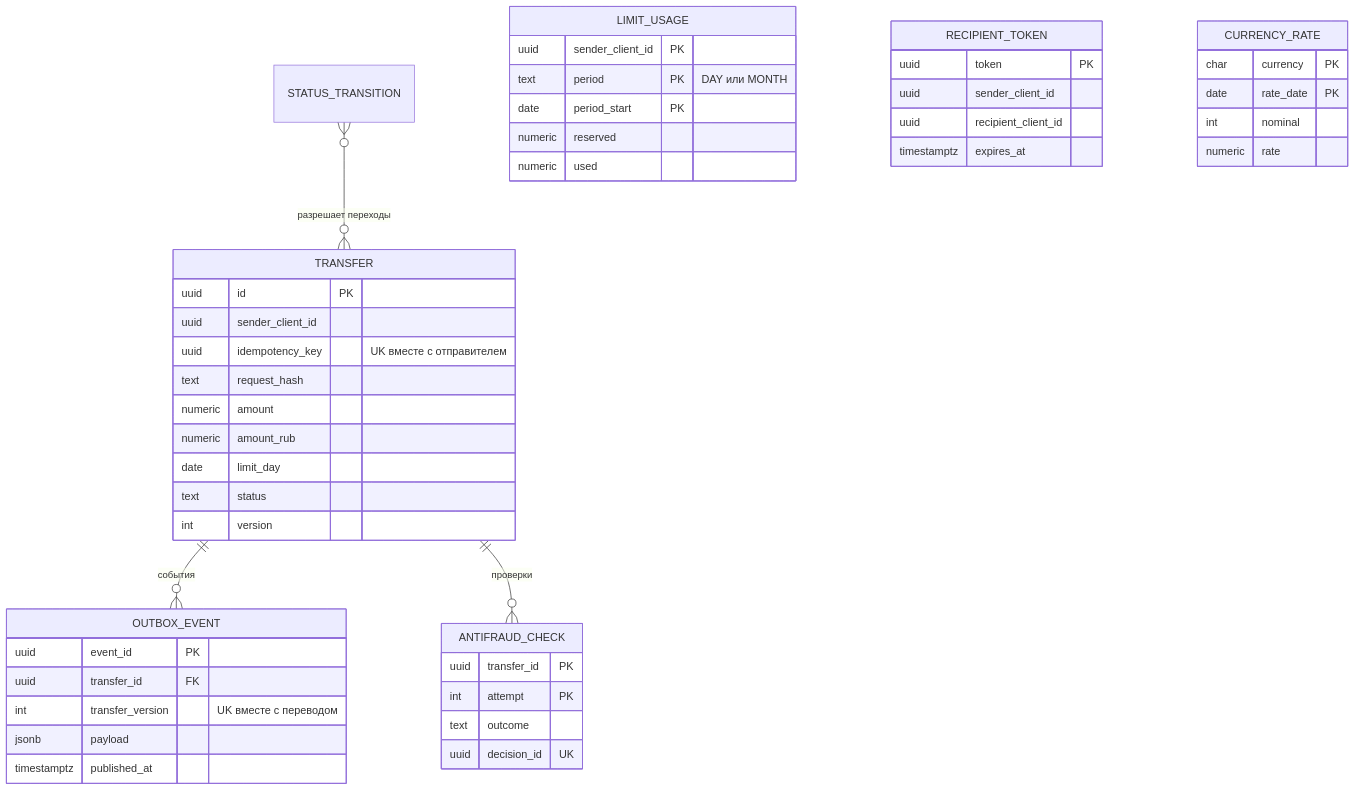
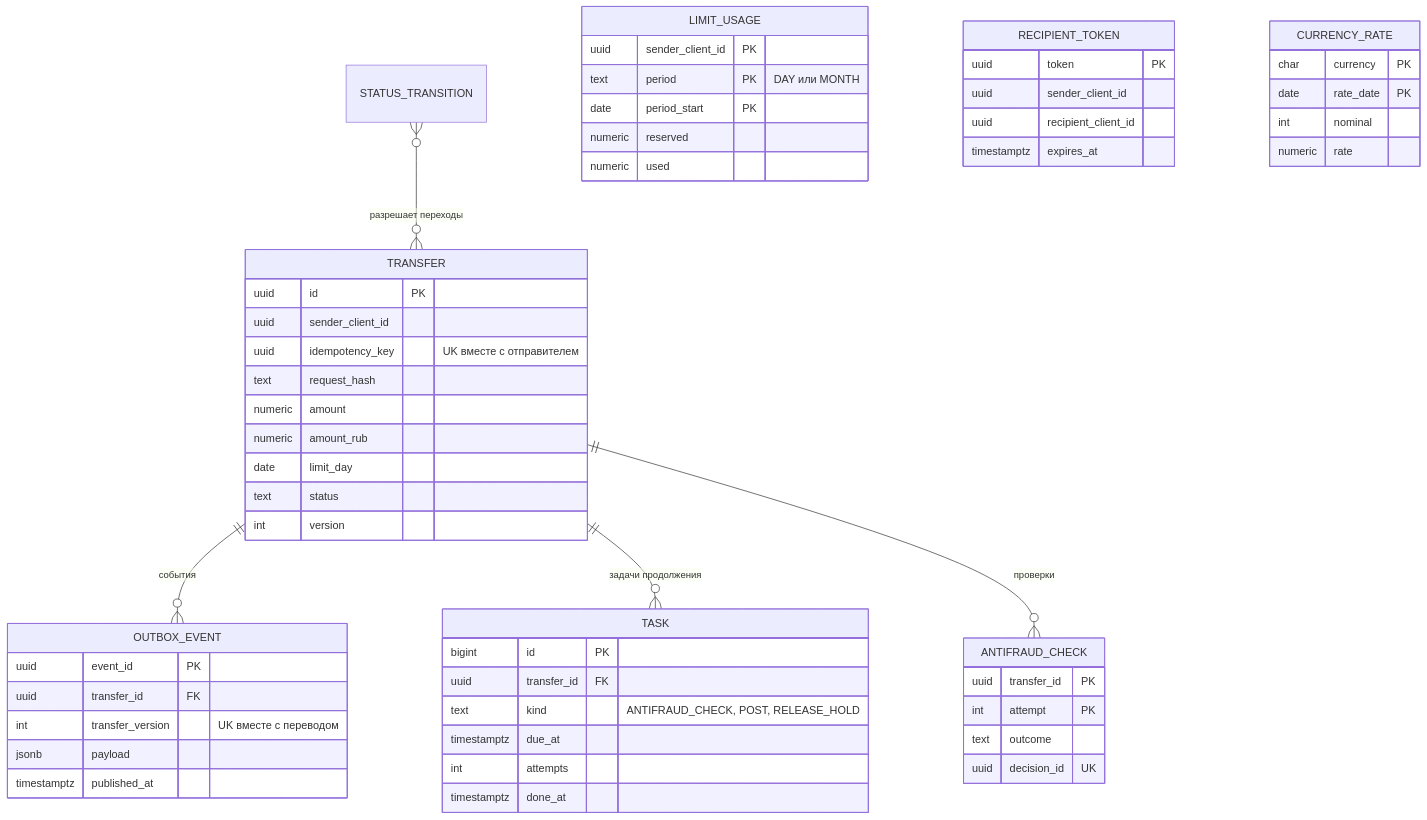
The second of 2 diagrams in docs/design/data-model.md (KORTEZZ12/phone-transfers), drawn with Mermaid before and after one commit. The commit also changed other lines of this file and 14 other files, not shown here.

````diff
--- a/docs/design/data-model.md
+++ b/docs/design/data-model.md
@@ -62,49 +62,58 @@
 ```mermaid
 erDiagram
   TRANSFER ||--o{ OUTBOX_EVENT : "события"
+  TRANSFER ||--o{ TASK : "задачи продолжения"
   TRANSFER ||--o{ ANTIFRAUD_CHECK : "проверки"
   STATUS_TRANSITION }o--o{ TRANSFER : "разрешает переходы"
   TRANSFER {
     uuid id PK
     uuid sender_client_id
     uuid idempotency_key "UK вместе с отправителем"
     text request_hash
     numeric amount
     numeric amount_rub
     date limit_day
     text status
     int version
   }
   LIMIT_USAGE {
     uuid sender_client_id PK
     text period PK "DAY или MONTH"
     date period_start PK
     numeric reserved
     numeric used
   }
   RECIPIENT_TOKEN {
     uuid token PK
     uuid sender_client_id
     uuid recipient_client_id
     timestamptz expires_at
   }
   CURRENCY_RATE {
     char currency PK
     date rate_date PK
     int nominal
     numeric rate
   }
   OUTBOX_EVENT {
     uuid event_id PK
     uuid transfer_id FK
     int transfer_version "UK вместе с переводом"
     jsonb payload
     timestamptz published_at
   }
+  TASK {
+    bigint id PK
+    uuid transfer_id FK
+    text kind "ANTIFRAUD_CHECK, POST, RELEASE_HOLD"
+    timestamptz due_at
+    int attempts
+    timestamptz done_at
+  }
   ANTIFRAUD_CHECK {
     uuid transfer_id PK
     int attempt PK
     text outcome
     uuid decision_id UK
   }
 ```
````
